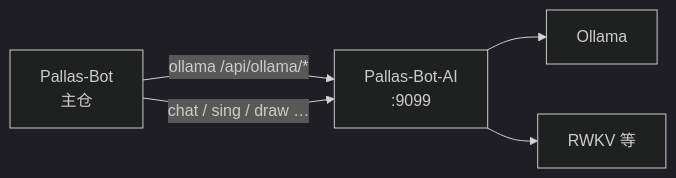
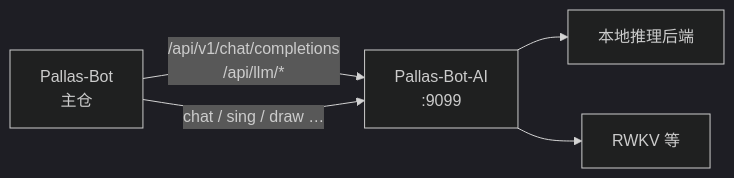
The first of 3 diagrams in docs/architecture/pallas-ai-service.md (PallasBot/Pallas-Bot), drawn with Mermaid (dark theme) before and after one commit. The commit also changed other lines of this file, not shown here.

````diff
--- a/docs/architecture/pallas-ai-service.md
+++ b/docs/architecture/pallas-ai-service.md
@@ -7,12 +7,12 @@
 ```mermaid
 flowchart LR
     BOT["Pallas-Bot\n主仓"]
     AI["Pallas-Bot-AI\n:9099"]
-    OLLAMA["Ollama"]
+    LOCAL["本地推理后端"]
     RWKV["RWKV 等"]
 
-    BOT -->|"ollama /api/ollama/*"| AI
+    BOT -->|"/api/v1/chat/completions\n/api/llm/*"| AI
     BOT -->|"chat / sing / draw …"| AI
-    AI --> OLLAMA
+    AI --> LOCAL
     AI --> RWKV
 ```
````
